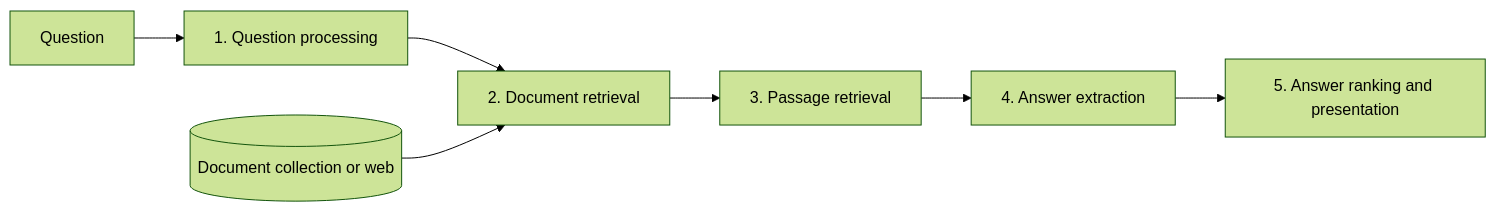
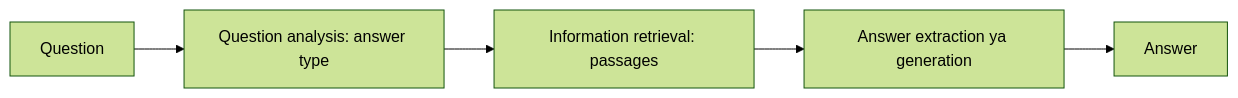
The diagram in content/natural-language-processing/pyq/2023-12-ce/q6a.hi.mdx (TrendySloth1001/sem-seven-notes), drawn with Mermaid (forest theme) before and after one commit. The commit also changed other lines of this file and 406 other files, not shown here.

````diff
--- a/content/natural-language-processing/pyq/2023-12-ce/q6a.hi.mdx
+++ b/content/natural-language-processing/pyq/2023-12-ce/q6a.hi.mdx
@@ -11,10 +17,5 @@
 ```mermaid
-%% caption: Question ka analysis hota hai, documents aur passages retrieve hote hain, aur answer extract, rank aur show hota hai.
+%% caption: QA pipeline ke teen stages.
 flowchart LR
-  Q["Question"] --> A["1. Question processing"]
-  A --> B["2. Document retrieval"]
-  B --> C["3. Passage retrieval"]
-  C --> D["4. Answer extraction"]
-  D --> E["5. Answer ranking and presentation"]
-  K[("Document collection or web")] --> B
+  Q["Question"] --> A["Question analysis: answer type"] --> B["Information retrieval: passages"] --> C["Answer extraction ya generation"] --> D["Answer"]
 ```
````
